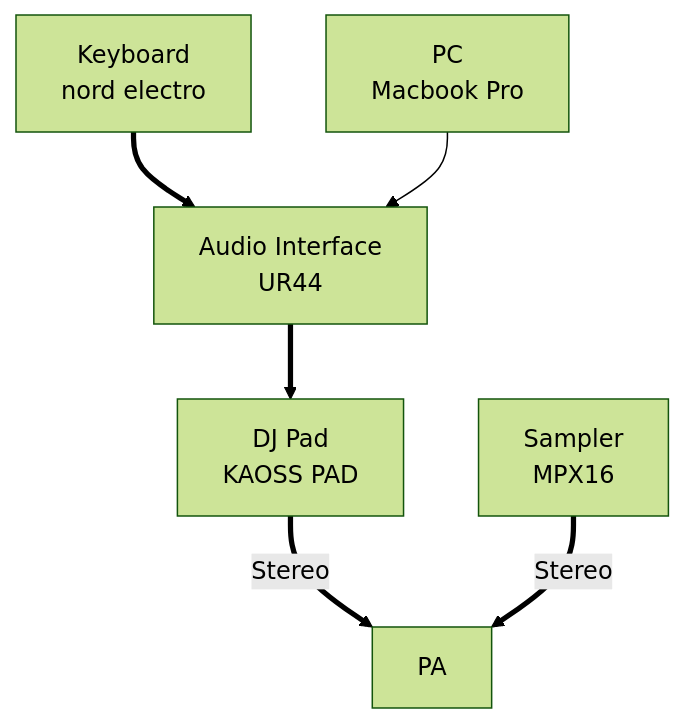
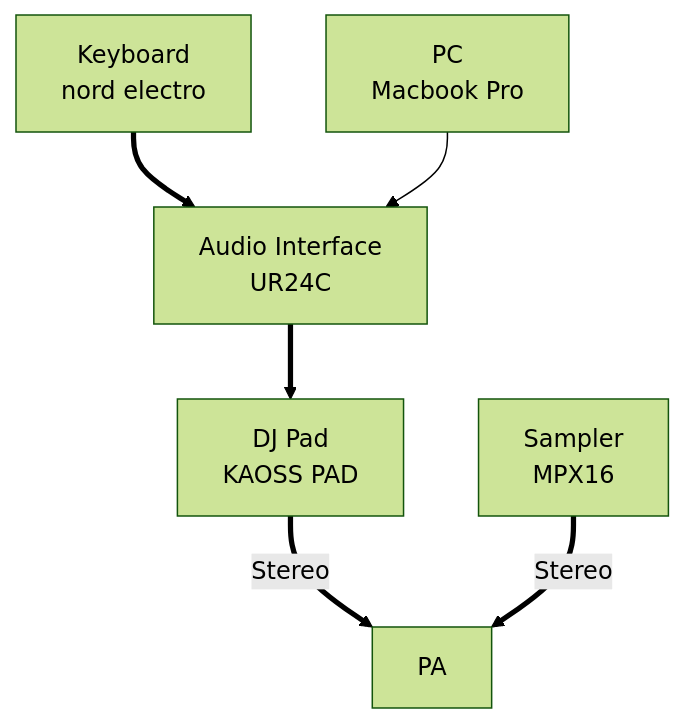
The first of 2 diagrams in md/セット図.md (0802tf/Pages), drawn with Mermaid (forest theme) before and after one commit. The commit also changed other lines of this file and 1 other file, not shown here.

Commit message:
インターフェース名変更

````diff
--- a/md/セット図.md
+++ b/md/セット図.md
@@ -3,15 +3,15 @@
 ```mermaid
 flowchart TD
 A[PA]
 B[Keyboard\nnord electro]
 C[PC\nMacbook Pro]
-D[Audio Interface\nUR44]
+D[Audio Interface\nUR24C]
 E[DJ Pad\nKAOSS PAD]
 F[Sampler\nMPX16]
 
 B==>D
 C-->D
 D==>E
 E==>|Stereo|A
 F==>|Stereo|A
 ```
````
